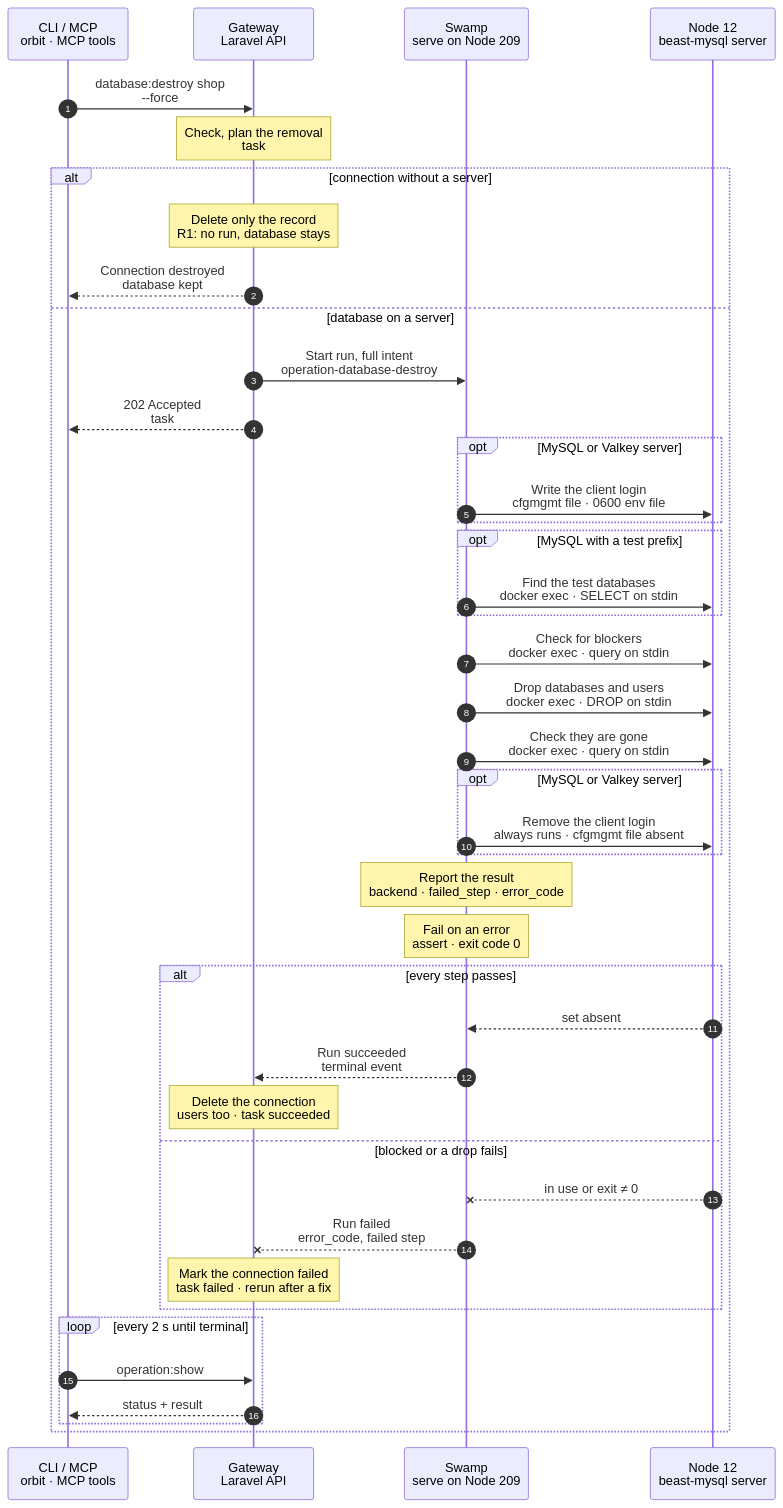
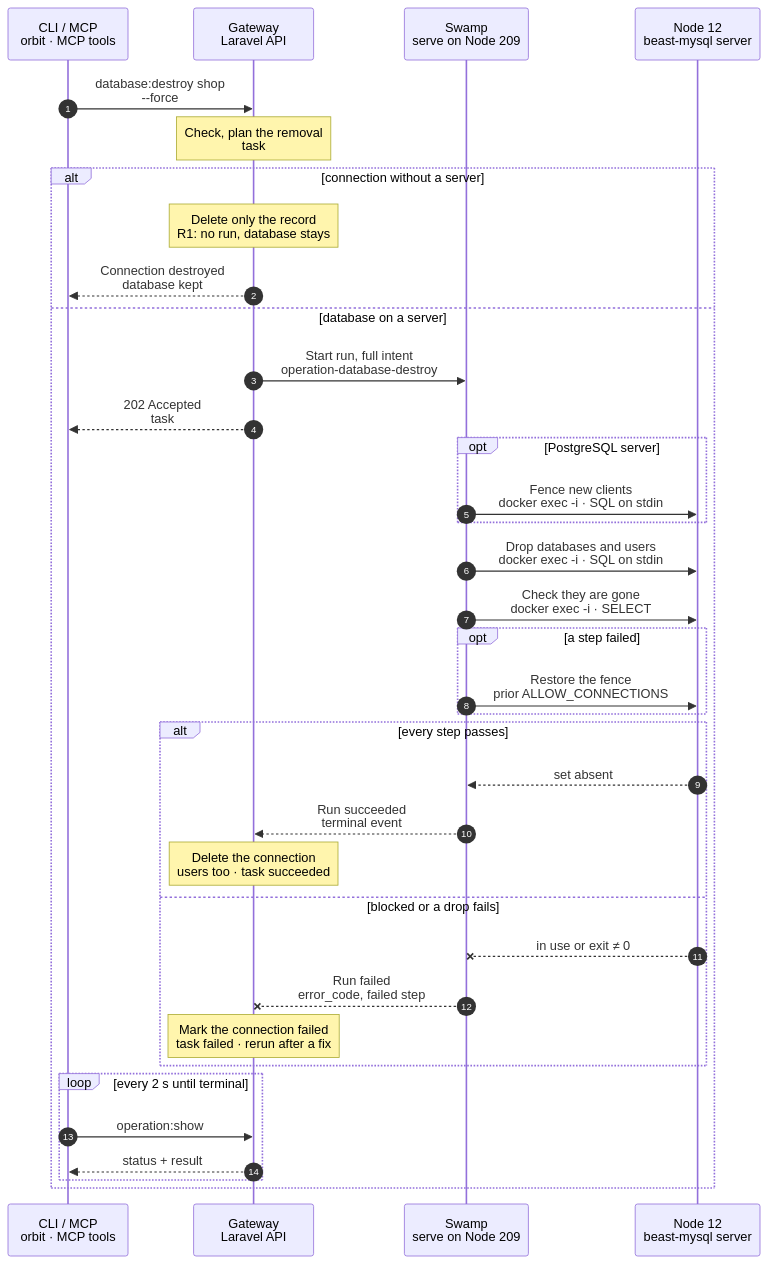
The diagram in docs/cli/database/destroy.mmd (hardimpactdev/orbit), drawn with Mermaid before and after one commit. The commit also changed 33 other files, not shown here.

First line of the commit message:
refactor(databases): database:create and database:destroy follow the pass-3 charts; MySQL gets the test pool

```diff
--- a/docs/cli/database/destroy.mmd
+++ b/docs/cli/database/destroy.mmd
@@ -1,148 +1,136 @@
 sequenceDiagram
-  %% Target design: ADR 0244 task, DECISIONS R1-R4, 5 (swamp role SSH identity), round 2 bugs (server admin password by its own vault key), flow-tighten (rule 22: no ownership probe or fence), script audit Q-DBAUTH (one docker exec per action, statement on stdin) and Q-SECRET (login file via cfgmgmt file). docs/reference/database-servers.md#remove-a-database.
+  %% Target design: ADR 0244 task, DECISIONS R1-R4, 5 (swamp role SSH identity), round 2 bugs (server admin password by its own vault key, cleanup on pass or fail). docs/reference/database-servers.md#remove-a-database.
+  %% Tightened: flow-tighten 2026-11-02, rules 6, 16, 19, 22 (no copied scripts or cleanup, no ownership read, blocker check and drops in one SQL batch on stdin).
   %% status: draft
   %% command: database:destroy
   %% kind: database.destroy
   autonumber
   %% lane CLI icon=terminal pill=caller tone=gray
   %% lane GW icon=gateway pill=intent tone=blue
   %% lane SW icon=workflow pill=executes tone=green
   %% lane N icon=server pill=target tone=amber
   participant CLI as CLI / MCP<br/>orbit · MCP tools
   participant GW as Gateway<br/>Laravel API
   participant SW as Swamp<br/>serve on Node 209
   participant N as Node 12<br/>beast-mysql server
   CLI->>GW: database:destroy shop<br/>--force
   %%> Command:
   %%> - `orbit database:destroy shop --force`
   %%> - syntax: `<slug> [--force] [--idempotency-key=KEY]`
   %%> Input:
   %%> - the connection slug, as `database:list` shows it
   %%> Confirmation:
   %%> - without `--force`, the CLI asks first; the default is No
   %%> - with `--json` or without a terminal, `--force` is required (`database.confirmation_required`)
   Note over GW: Check, plan the removal<br/>task #5124 · lock beast-mysql
   %%> Requirements:
   %%> - your Node has an access grant to Node 12
   %%> - no Instance attaches `shop` (`database.connection_attached`); detach with `instance:database:remove` first
   %%> - AI router setup and Analytics do not use it
   %%> - no database creation or other removal runs on `beast-mysql`; the Gateway holds one lock per Database server
   %%> Plans:
   %%> - the databases: `shop`, its test database and, on PostgreSQL, the recorded test pool
   %%> - the users Orbit created for `shop` that no other connection on the server uses
   %%> - system databases such as `mysql` or `postgres` are refused before any run
   %%> Decides:
   %%> - whether only the record goes, or the database must leave the server
   alt connection without a server
     Note over GW: Delete only the record<br/>R1: no run, database stays
     %%> When:
     %%> - a registered external database or SQLite file, or a Valkey connection that logs in as `default`
     %%> Result:
     %%> - connection `shop` is deleted
     %%> - the database itself stays where it is; Orbit never created it
     %%> - no Swamp run starts (R1)
     GW-->>CLI: Connection destroyed<br/>database kept
     %%> What you get:
     %%> - the final result at once; there is nothing to follow
   else database on a server
     GW->>SW: Start run, full intent<br/>operation-database-destroy
     %%> What it does:
     %%> - starts one Swamp run on serve (Node 209)
     %%> Inputs:
-    %%> - the planned databases, test prefix, test pool and unshared users
-    %%> - the vault key name `database-server-3-admin`; the admin password itself never enters the intent
+    %%> - the planned databases (with the recorded test database and pool) and unshared users
+    %%> - four vault key names, one per batch (`database-destroy-5124-fence`, `-drop`, `-gone`, `-restore`); each value is the admin password line and its statements, so the password never enters the intent
     %%> - Node 12's address and SSH host keys; the SSH identity comes from the `swamp` role
     GW-->>CLI: 202 Accepted<br/>task #5124
     %%> What you get:
     %%> - the task number, at once
     %%> Next:
     %%> - the CLI follows the task with `operation:show`
-    opt MySQL or Valkey server
-      SW->>N: Write the client login<br/>cfgmgmt file · 0600 env file
+    opt PostgreSQL server
+      SW->>N: Fence new clients<br/>docker exec -i · SQL on stdin
+      %%> How:
+      %%> - Swamp reaches Node 12 over SSH from 209 with the official `@swamp/ssh` behavior; nothing is copied to the Node
+      %%> - one `docker exec -i` into the server container, the admin password as the first stdin line, then the statements
       %%> What it does:
-      %%> - writes the server's admin login, from its vault key `database-server-3-client-env`, to a root-only 0600 file
-      %%> Why:
-      %%> - `docker exec --env-file` hands it to the client; it never enters argv, stdin or a statement
+      %%> - stops new clients from connecting to every planned database
+      %%> - journals each database's prior value in `orbit_admin.database_removal_fences`, in the same transaction
       %%> Not included:
-      %%> - PostgreSQL uses local trust inside the container and needs no login
+      %%> - existing clients stay connected; Orbit never force-disconnects them
     end
-    opt MySQL with a test prefix
-      SW->>N: Find the test databases<br/>docker exec · SELECT on stdin
-      %%> What it does:
-      %%> - lists the databases under the recorded test prefix, plain names only
-    end
-    SW->>N: Check for blockers<br/>docker exec · query on stdin
-    %%> How:
-    %%> - one `docker exec -i` with the statement the Gateway rendered at admission on standard input
+    SW->>N: Drop databases and users<br/>docker exec -i · SQL on stdin
     %%> What it does:
-    %%> - checks the whole set before the first drop; any row is a blocker
+    %%> - one statement batch on stdin: first the blocker query, then each planned database, then each planned user that no other connection on `beast-mysql` uses
+    %%> - a missing database or user counts as removed
     %%> Blocks:
     %%> - PostgreSQL: sessions, replication slots, prepared transactions, subscriptions, outside dependencies of a removed role
     %%> - MySQL: connected clients, metadata locks, outside definers, cross-schema foreign keys
-    %%> Refuses:
-    %%> - any blocker gives `database.in_use`; nothing is dropped
+    %%> - any blocker ends the batch with `database.in_use` before the first drop
+    %%> Per driver:
+    %%> - admin login: the admin password as the first stdin line, from the vault, read inside the container
+    %%> - Valkey: no database; `ACL DELUSER`, then `ACL SAVE`; the user's keys stay
     %%> Not included:
-    %%> - Valkey has no databases and skips this check
-    SW->>N: Drop databases and users<br/>docker exec · DROP on stdin
+    %%> - no ownership read first: the plan comes from the Gateway's records
+    SW->>N: Check they are gone<br/>docker exec -i · SELECT
     %%> What it does:
-    %%> - drops each planned database and each unshared user; a missing one counts as removed
-    %%> Per driver:
-    %%> - Valkey: `ACL DELUSER` for each user, then `ACL SAVE`; the user's keys stay
-    %%> Not included:
-    %%> - no ownership probe and no connection fence (flow-tighten rule 22); a client that connects between the check and the drop is cut off
-    SW->>N: Check they are gone<br/>docker exec · query on stdin
-    %%> What it does:
-    %%> - checks that no planned database or user is left on the server
+    %%> - checks that no planned database or user is left on the server; the check fails the run while one remains
     %%> Why:
-    %%> - the removal only counts when the server shows it
-    opt MySQL or Valkey server
-      SW->>N: Remove the client login<br/>always runs · cfgmgmt file absent
+    %%> - the removal only counts when the server shows it; this is the one end check, and a parent run such as `instance:destroy` sees a refusal too
+    opt a step failed
+      SW->>N: Restore the fence<br/>prior ALLOW_CONNECTIONS
       %%> When:
-      %%> - always, as the last Node step, whether the steps above passed or failed
+      %%> - only after a failed step on a fenced PostgreSQL server: a step with `dependsOn` and the condition `failed`
       %%> What it does:
-      %%> - removes the 0600 login file from Node 12
+      %%> - gives each surviving database its exact prior value from the journal
+      %%> If it fails:
+      %%> - the journal stays; the next `database:destroy` restores or finishes
     end
-    Note over SW: Report the result<br/>backend · failed_step · error_code
-    %%> What it does:
-    %%> - maps the first failed step to its error code, for example `database.in_use`
-    Note over SW: Fail on an error<br/>assert · exit code 0
-    %%> What it does:
-    %%> - fails the run when the report holds an `error_code`, so the task fails with that code
     alt every step passes
       N-->>SW: set absent
       %%> Returns:
       %%> - the check passed for every database and user
       SW-->>GW: Run succeeded<br/>terminal event
       %%> How the Gateway learns it:
       %%> - its shared run reader sees the terminal event; Swamp never calls the Gateway
       Note over GW: Delete the connection<br/>users too · task succeeded
       %%> Result:
       %%> - connection `shop` and its recorded users are deleted
       %%> - task #5124 succeeds
     else blocked or a drop fails
       N--xSW: in use or exit ≠ 0
       %%> When:
       %%> - a blocker, an ownership refusal, a failed drop, or a lost SSH connection
       SW--xGW: Run failed<br/>error_code, failed step
       %%> The Gateway reads:
       %%> - which step failed and its error code, for example `database.in_use`
       Note over GW: Mark the connection failed<br/>task failed · rerun after a fix
       %%> Result:
       %%> - connection `shop` stays, marked failed, with its users and attachments
       %%> - task #5124 fails
       %%> On the Node:
       %%> - after a blocker, nothing was dropped
       %%> - after a failed drop, the dropped objects stay gone; there is no rollback
       %%> Retry:
       %%> - stop the clients or remove the blockers, then run the same command again
       %%> - a rerun repeats the checks and counts missing objects as removed
     end
     loop every 2 s until terminal
       CLI->>GW: operation:show #5124
       %%> What it does:
       %%> - asks for the task's status every 2 seconds until it has ended
       GW-->>CLI: status + result
       %%> Returns:
       %%> - the current status, and the result once the task has ended
     end
   end
```
